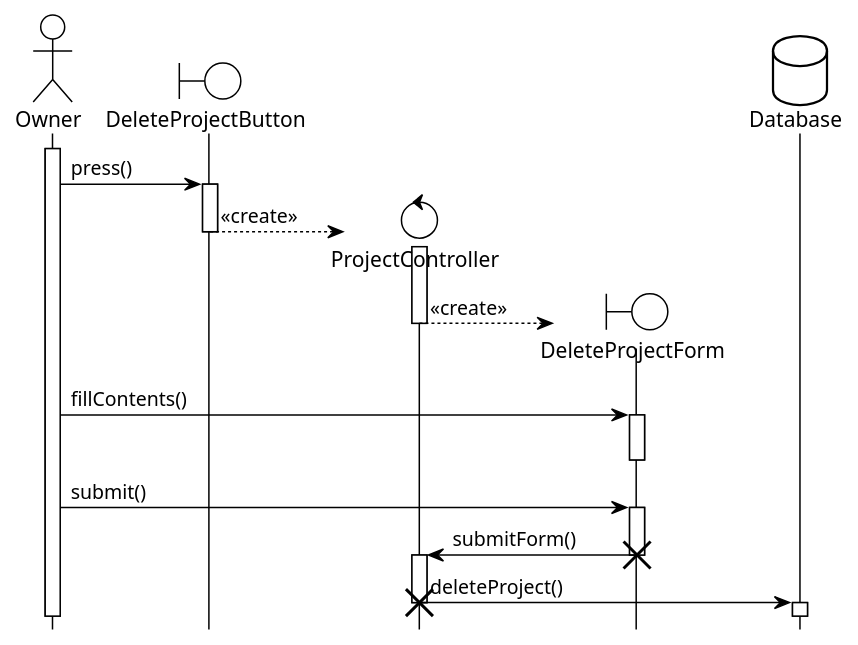
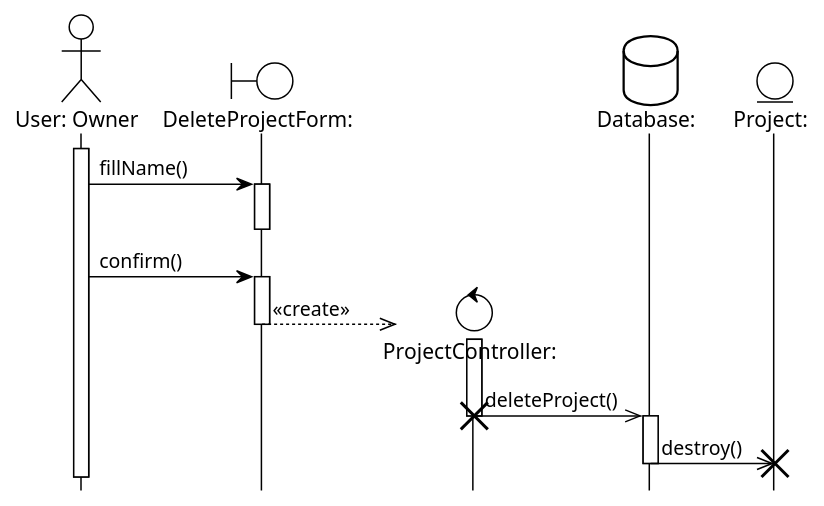
One commit to BlueMango10/Project-uml changed the diagram in Use case sequence diagrams/DeleteProject.puml. Above: the diagram before and after it, drawn with PlantUML. The commit also changed 14 other files, not shown here.

Commit message:
Updated diagrams after implementation

```diff
--- a/Use case sequence diagrams/DeleteProject.puml
+++ b/Use case sequence diagrams/DeleteProject.puml
@@ -1,39 +1,69 @@
 @startuml DeleteProject
 !theme plain
 hide footbox
+
+actor "User: Owner" as po
+boundary "DeleteProjectForm:" as cpb
+control "ProjectController:" as cpc
+database "Database:" as pd
+entity "Project:" as p
+
+activate po
+
+po -> cpb : fillName()
+activate cpb
+deactivate cpb
+
+po -> cpb : confirm()
+activate cpb
+
+create cpc
+cpb -->> cpc : <<create>>
+deactivate cpb
+activate cpc
+
+cpc ->> pd : deleteProject()
+destroy cpc
+activate pd
+pd ->> p : destroy()
+destroy p
+deactivate pd
+
+/'
 actor Owner as po
 boundary DeleteProjectButton as dpb
 control ProjectController as dpc
 boundary DeleteProjectForm as dpf
 database Database as pd
 
 activate po
 
 po -> dpb : press()
 activate dpb
 
 create dpc
 dpb --> dpc : <<create>>
 deactivate dpb
 activate dpc
 
 create dpf
 dpc --> dpf : <<create>>
 deactivate dpc
 
 po -> dpf : fillContents()
 activate dpf
 deactivate dpf
 
 po -> dpf : submit()
 activate dpf
 
 dpf -> dpc : submitForm()
 destroy dpf
 activate dpc
 
 dpc -> pd : deleteProject()
 destroy dpc
 activate pd
 deactivate pd
+'/
 @enduml
```
